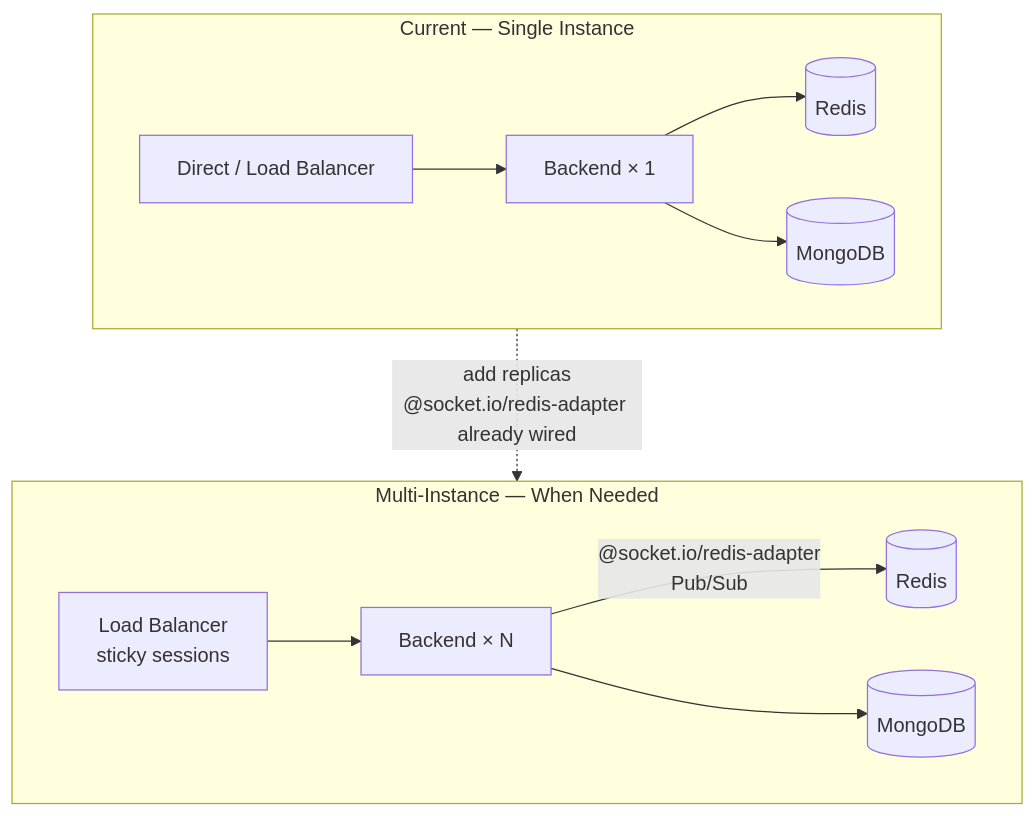
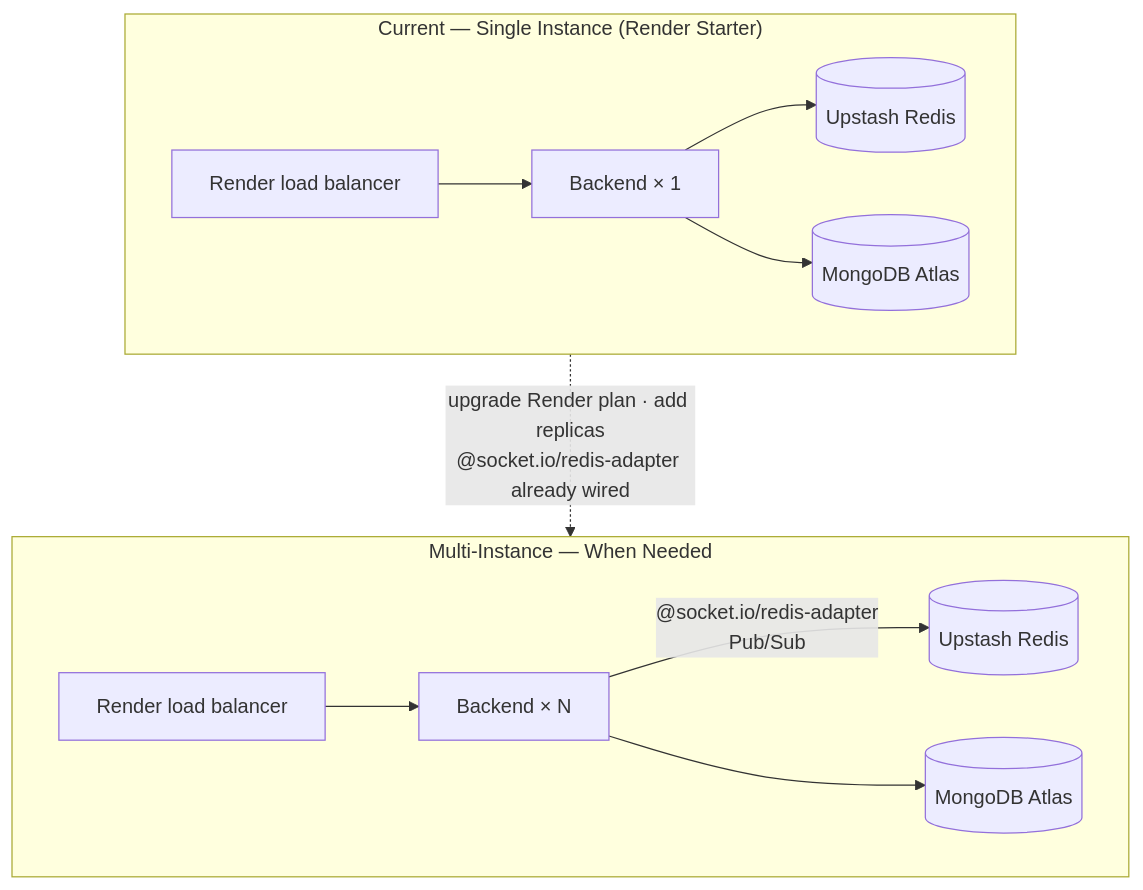
The fifth of 5 diagrams in docs/backend/system-design.md (JustinBurrell/continuum), drawn with Mermaid before and after one commit. The commit also changed other lines of this file and 2 other files, not shown here.

Commit message:
docs: phase C — update system design and schema diagram for production stack

````diff
--- a/docs/backend/system-design.md
+++ b/docs/backend/system-design.md
@@ -165,16 +193,16 @@
 ```mermaid
 flowchart TB
-    subgraph NOW["Current — Single Instance"]
-        LB1["Direct / Load Balancer"] --> B1["Backend × 1"]
-        B1 --> R1[("Redis")]
-        B1 --> M1[("MongoDB")]
+    subgraph NOW["Current — Single Instance (Render Starter)"]
+        LB1["Render load balancer"] --> B1["Backend × 1"]
+        B1 --> R1[("Upstash Redis")]
+        B1 --> M1[("MongoDB Atlas")]
     end
 
     subgraph NEXT["Multi-Instance — When Needed"]
-        LB2["Load Balancer\nsticky sessions"] --> B2["Backend × N"]
-        B2 -- "@socket.io/redis-adapter\nPub/Sub" --> R2[("Redis")]
-        B2 --> M2[("MongoDB")]
+        LB2["Render load balancer"] --> B2["Backend × N"]
+        B2 -- "@socket.io/redis-adapter\nPub/Sub" --> R2[("Upstash Redis")]
+        B2 --> M2[("MongoDB Atlas")]
     end
 
-    NOW -.->|"add replicas\n@socket.io/redis-adapter already wired"| NEXT
+    NOW -.->|"upgrade Render plan · add replicas\n@socket.io/redis-adapter already wired"| NEXT
 ```
````
